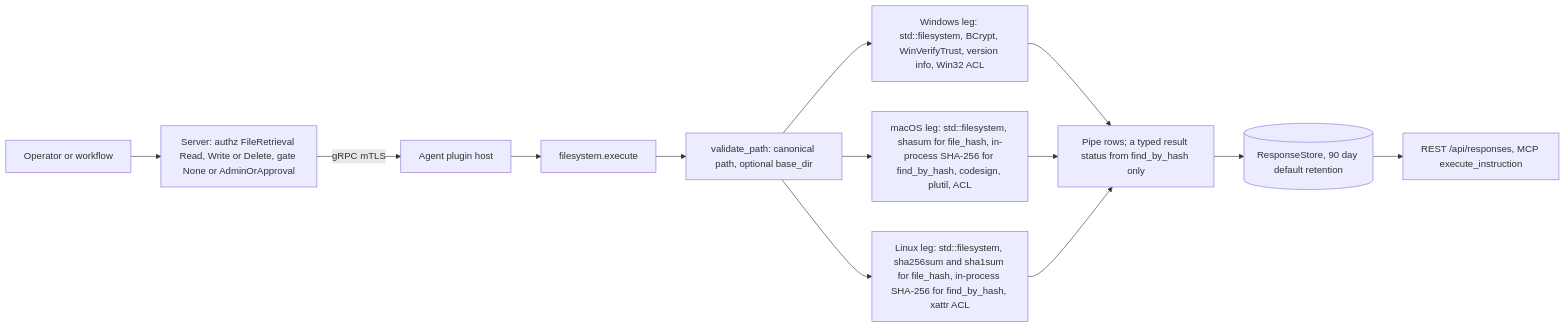
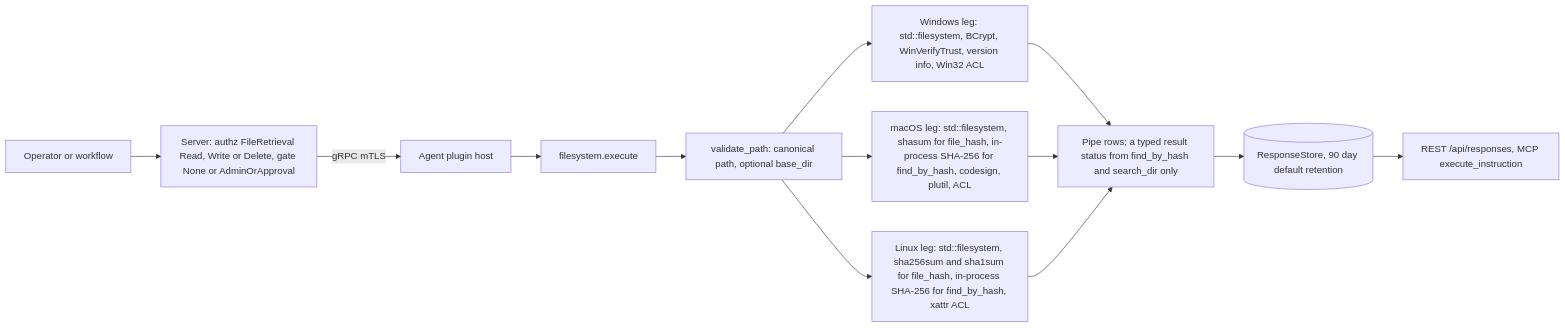
Before and after one commit to DevNullLtd/Yuzu: the first of 3 diagrams in agents/plugins/filesystem/README.md, drawn with Mermaid. The commit also changed other lines of this file and 16 other files, not shown here.

Commit message:
filesystem search_dir: bound the walk (deadline, entry cap, cancel, mount guard, depth), escape rows, report truncation

````diff
--- a/agents/plugins/filesystem/README.md
+++ b/agents/plugins/filesystem/README.md
@@ -30,13 +31,13 @@
 ```mermaid
 flowchart LR
   OP["Operator or workflow"] --> SRV["Server: authz FileRetrieval Read, Write or Delete, gate None or AdminOrApproval"]
   SRV -- "gRPC mTLS" --> HOST["Agent plugin host"] --> EX["filesystem.execute"]
   EX --> VAL["validate_path: canonical path, optional base_dir"]
   VAL --> WIN["Windows leg: std::filesystem, BCrypt, WinVerifyTrust, version info, Win32 ACL"]
   VAL --> MAC["macOS leg: std::filesystem, shasum for file_hash, in-process SHA-256 for find_by_hash, codesign, plutil, ACL"]
   VAL --> LIN["Linux leg: std::filesystem, sha256sum and sha1sum for file_hash, in-process SHA-256 for find_by_hash, xattr ACL"]
-  WIN --> ROWS["Pipe rows; a typed result status from find_by_hash only"]
+  WIN --> ROWS["Pipe rows; a typed result status from find_by_hash and search_dir only"]
   MAC --> ROWS
   LIN --> ROWS
   ROWS --> RS[("ResponseStore, 90 day default retention")] --> API["REST /api/responses, MCP execute_instruction"]
 ```
````
